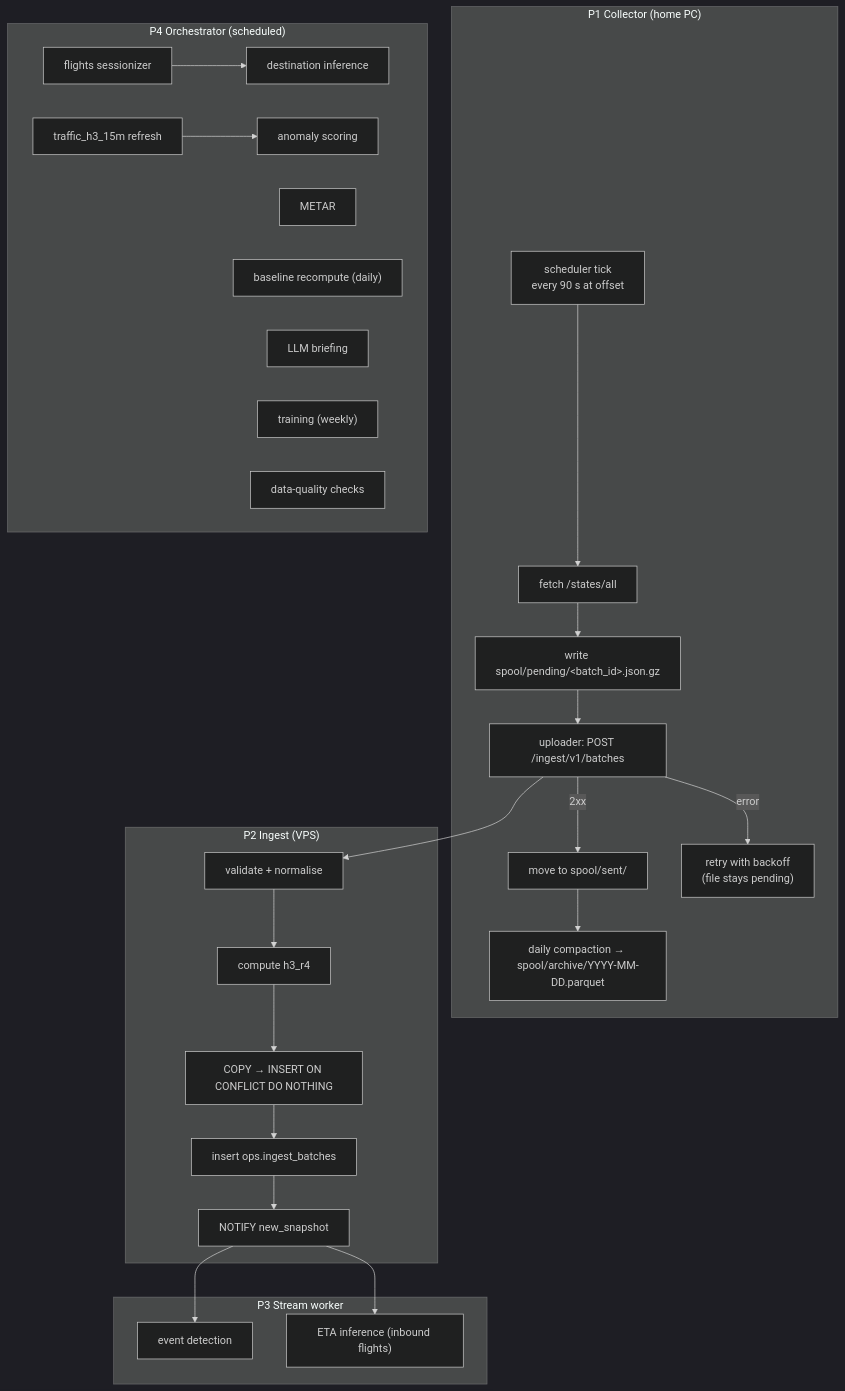
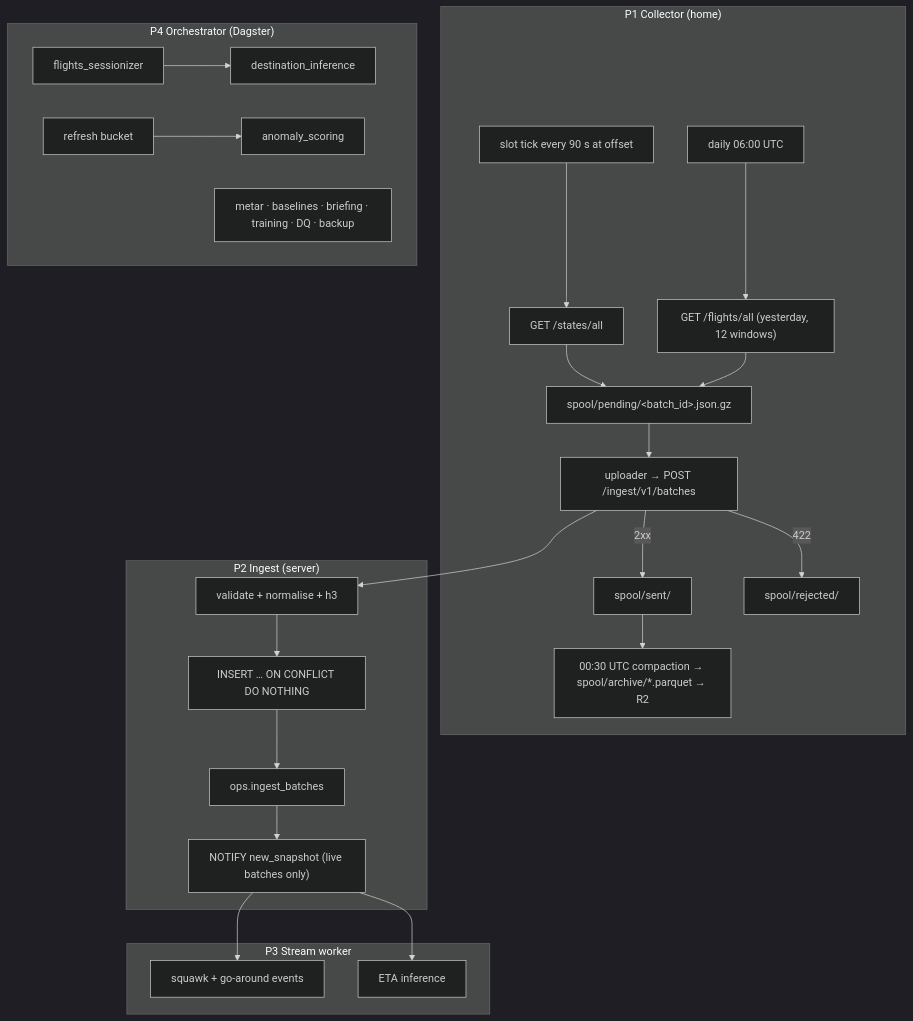
The diagram in docs/04-pipelines.md (AlekkDev/airspace-live-tracker), drawn with Mermaid (dark theme) before and after one commit. The commit also changed other lines of this file and 16 other files, not shown here.

````diff
--- a/docs/04-pipelines.md
+++ b/docs/04-pipelines.md
@@ -3,29 +3,27 @@
 ```mermaid
 flowchart TB
-  subgraph P1["P1 Collector (home PC)"]
-    T["scheduler tick<br/>every 90 s at offset"] --> F["fetch /states/all"]
-    F --> W["write spool/pending/&lt;batch_id&gt;.json.gz"]
-    W --> U["uploader: POST /ingest/v1/batches"]
-    U -->|"2xx"| M["move to spool/sent/"]
-    U -->|"error"| R["retry with backoff<br/>(file stays pending)"]
-    M --> D["daily compaction → spool/archive/YYYY-MM-DD.parquet"]
+  subgraph P1["P1 Collector (home)"]
+    T["slot tick every 90 s at offset"] --> F["GET /states/all"]
+    FL["daily 06:00 UTC"] --> FA["GET /flights/all (yesterday, 12 windows)"]
+    F --> W["spool/pending/&lt;batch_id&gt;.json.gz"]
+    FA --> W
+    W --> U["uploader → POST /ingest/v1/batches"]
+    U -->|"2xx"| M["spool/sent/"]
+    U -->|"422"| RJ["spool/rejected/"]
+    M --> D["00:30 UTC compaction → spool/archive/*.parquet → R2"]
   end
-  subgraph P2["P2 Ingest (VPS)"]
-    V["validate + normalise"] --> H["compute h3_r4"] --> I["COPY → INSERT ON CONFLICT DO NOTHING"]
-    I --> B["insert ops.ingest_batches"] --> N["NOTIFY new_snapshot"]
+  subgraph P2["P2 Ingest (server)"]
+    V["validate + normalise + h3"] --> I["INSERT … ON CONFLICT DO NOTHING"]
+    I --> B["ops.ingest_batches"] --> N["NOTIFY new_snapshot (live batches only)"]
   end
   subgraph P3["P3 Stream worker"]
-    N --> E["event detection"]
-    N --> ETA["ETA inference (inbound flights)"]
+    N --> E["squawk + go-around events"]
+    N --> ETA["ETA inference"]
   end
-  subgraph P4["P4 Orchestrator (scheduled)"]
-    FL["flights sessionizer"] --> DEST["destination inference"]
-    WX["METAR"] 
-    CAGG["traffic_h3_15m refresh"] --> AN["anomaly scoring"]
-    BL["baseline recompute (daily)"]
-    BR["LLM briefing"]
-    TR["training (weekly)"]
-    DQ["data-quality checks"]
+  subgraph P4["P4 Orchestrator (Dagster)"]
+    SES["flights_sessionizer"] --> DEST["destination_inference"]
+    CAGG["refresh bucket"] --> AN["anomaly_scoring"]
+    OTHER["metar · baselines · briefing · training · DQ · backup"]
   end
   U --> V
 ```
````
